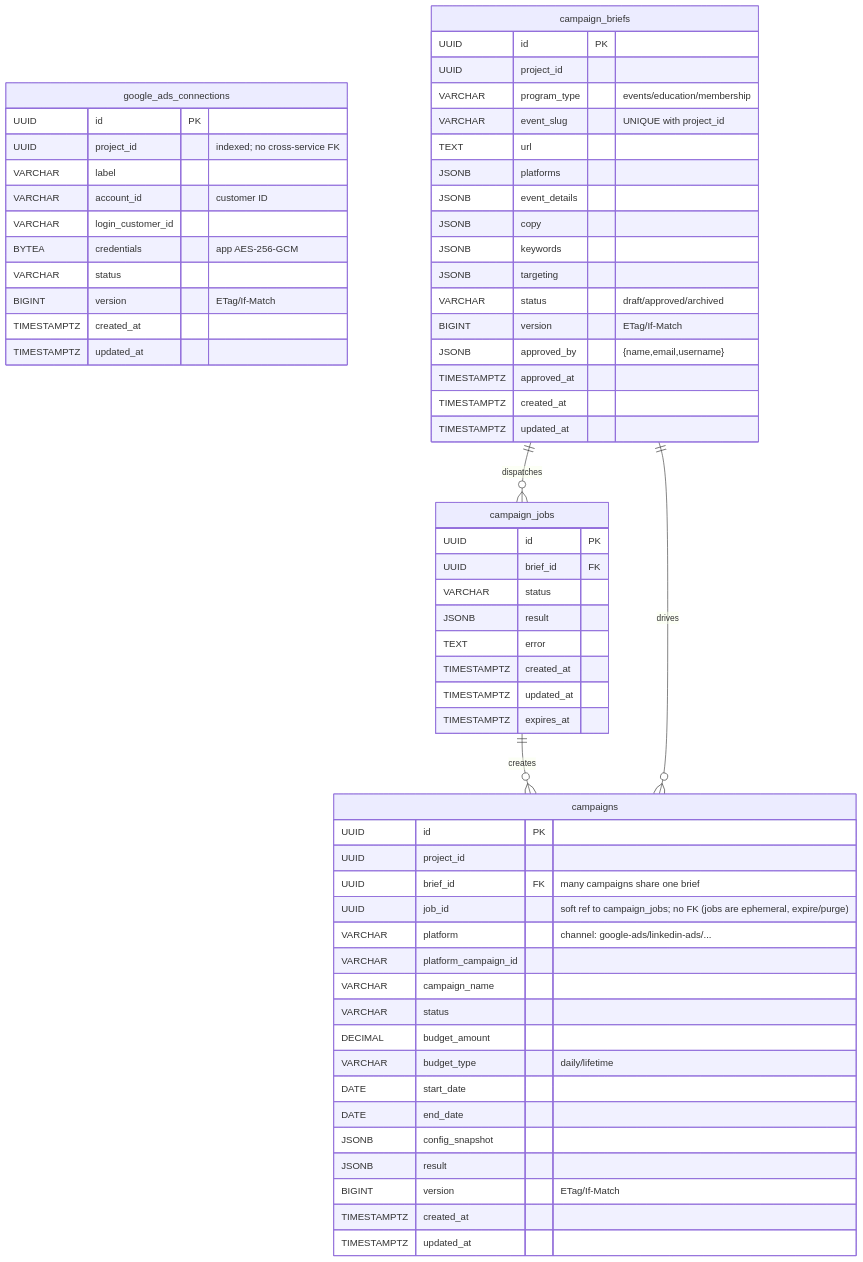
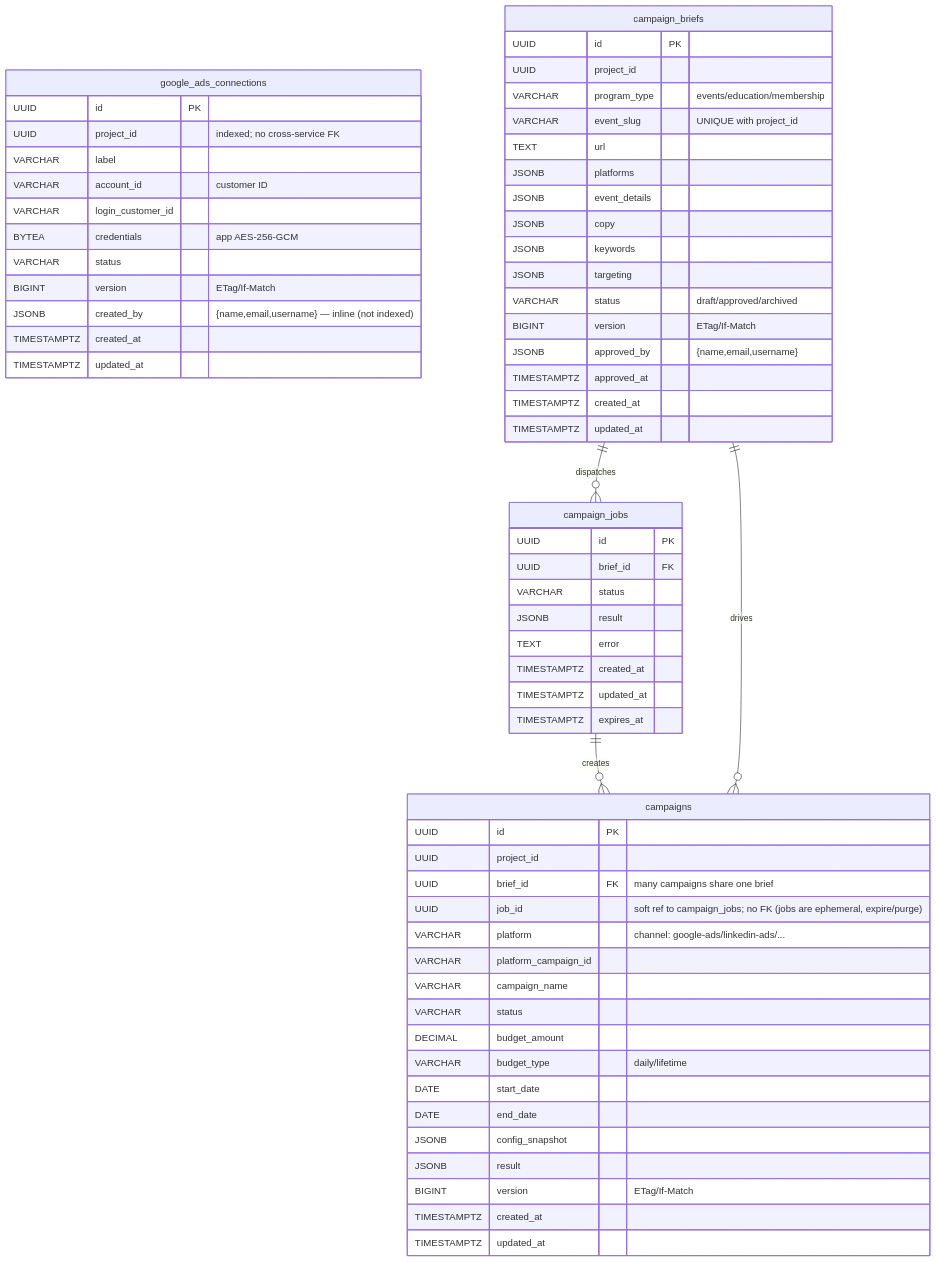
The seventh of 8 diagrams in docs/architecture.md (linuxfoundation/lfx-v2-campaign-service), drawn with Mermaid before and after one commit. The commit also changed other lines of this file and 2 other files, not shown here.

First line of the commit message:
docs: add inline created_by to connections; fix mermaid br tags

````diff
--- a/docs/architecture.md
+++ b/docs/architecture.md
@@ -340,69 +340,70 @@
 ```mermaid
 erDiagram
     google_ads_connections {
         UUID id PK
         UUID project_id "indexed; no cross-service FK"
         VARCHAR label
         VARCHAR account_id "customer ID"
         VARCHAR login_customer_id
         BYTEA credentials "app AES-256-GCM"
         VARCHAR status
         BIGINT version "ETag/If-Match"
+        JSONB created_by "{name,email,username} — inline (not indexed)"
         TIMESTAMPTZ created_at
         TIMESTAMPTZ updated_at
     }
 
     campaign_briefs {
         UUID id PK
         UUID project_id
         VARCHAR program_type "events/education/membership"
         VARCHAR event_slug "UNIQUE with project_id"
         TEXT url
         JSONB platforms
         JSONB event_details
         JSONB copy
         JSONB keywords
         JSONB targeting
         VARCHAR status "draft/approved/archived"
         BIGINT version "ETag/If-Match"
         JSONB approved_by "{name,email,username}"
         TIMESTAMPTZ approved_at
         TIMESTAMPTZ created_at
         TIMESTAMPTZ updated_at
     }
 
     campaigns {
         UUID id PK
         UUID project_id
         UUID brief_id FK "many campaigns share one brief"
         UUID job_id "soft ref to campaign_jobs; no FK (jobs are ephemeral, expire/purge)"
         VARCHAR platform "channel: google-ads/linkedin-ads/..."
         VARCHAR platform_campaign_id
         VARCHAR campaign_name
         VARCHAR status
         DECIMAL budget_amount
         VARCHAR budget_type "daily/lifetime"
         DATE start_date
         DATE end_date
         JSONB config_snapshot
         JSONB result
         BIGINT version "ETag/If-Match"
         TIMESTAMPTZ created_at
         TIMESTAMPTZ updated_at
     }
 
     campaign_jobs {
         UUID id PK
         UUID brief_id FK
         VARCHAR status
         JSONB result
         TEXT error
         TIMESTAMPTZ created_at
         TIMESTAMPTZ updated_at
         TIMESTAMPTZ expires_at
     }
 
     campaign_briefs ||--o{ campaign_jobs : "dispatches"
     campaign_jobs ||--o{ campaigns : "creates"
     campaign_briefs ||--o{ campaigns : "drives"
 ```
````
